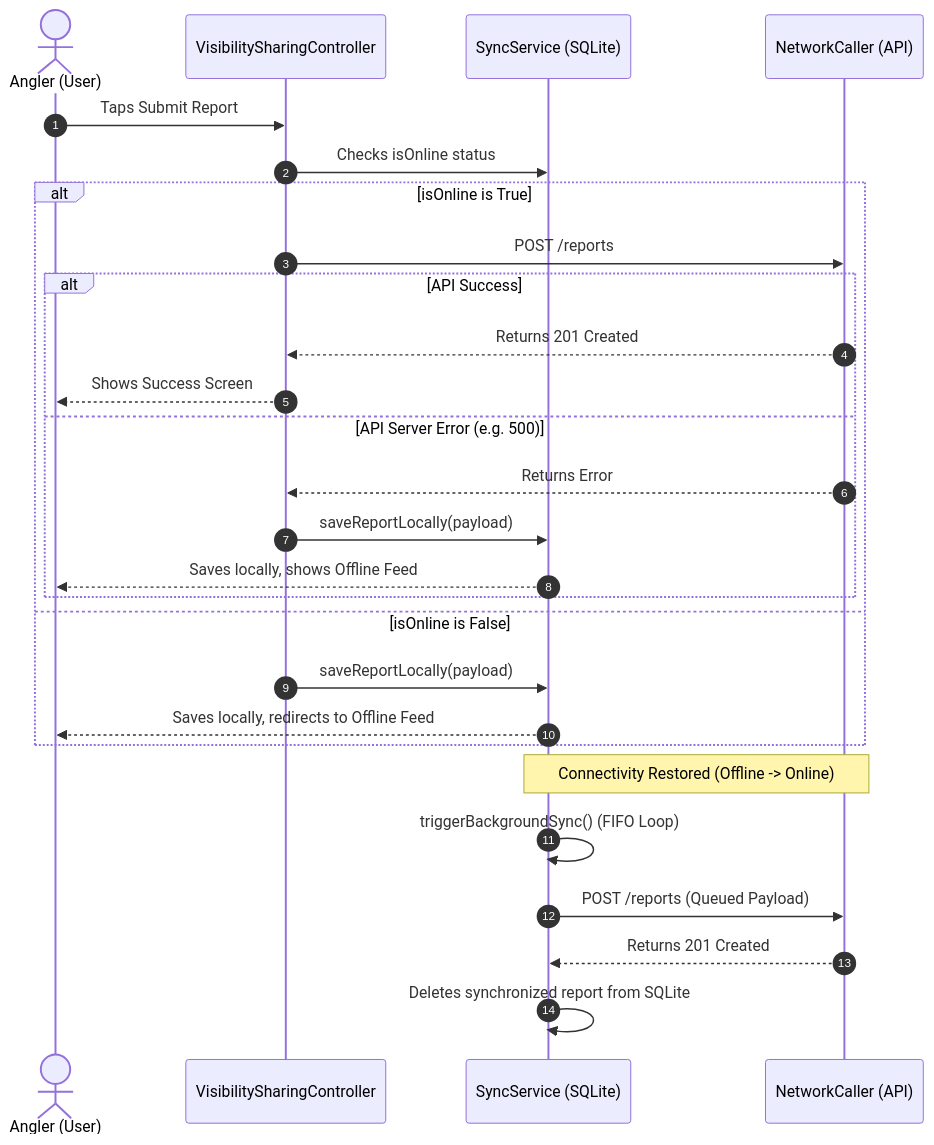
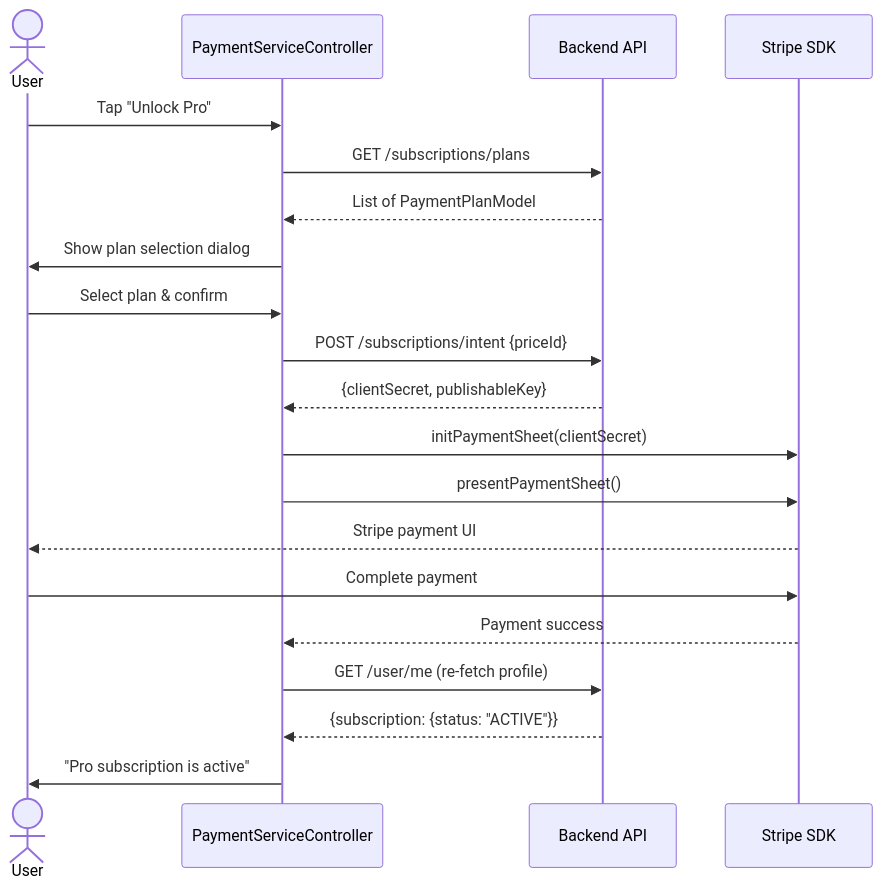
Before and after one commit to Kamrulbiswas009/offsore_fishing_app: the sixth of 6 diagrams in ai_tracking_update.md, drawn with Mermaid. The commit also changed other lines of this file and 19 other files, not shown here.

Commit message:
feat: implement SQLite-based offline API cache and Mapbox offline map download service

````diff
--- a/ai_tracking_update.md
+++ b/ai_tracking_update.md
@@ -87,31 +1120,23 @@
 ```mermaid
 sequenceDiagram
-    autonumber
-    actor Angler as Angler (User)
-    participant Ctrl as VisibilitySharingController
-    participant Sync as SyncService (SQLite)
-    participant Net as NetworkCaller (API)
+    actor User
+    participant App as PaymentServiceController
+    participant API as Backend API
+    participant Stripe as Stripe SDK
 
-    Angler->>Ctrl: Taps Submit Report
-    Ctrl->>Sync: Checks isOnline status
-    alt isOnline is True
-        Ctrl->>Net: POST /reports
-        alt API Success
-            Net-->>Ctrl: Returns 201 Created
-            Ctrl-->>Angler: Shows Success Screen
-        else API Server Error (e.g. 500)
-            Net-->>Ctrl: Returns Error
-            Ctrl->>Sync: saveReportLocally(payload)
-            Sync-->>Angler: Saves locally, shows Offline Feed
-        end
-    else isOnline is False
-        Ctrl->>Sync: saveReportLocally(payload)
-        Sync-->>Angler: Saves locally, redirects to Offline Feed
-    end
-
-    Note over Sync, Net: Connectivity Restored (Offline -> Online)
-    Sync->>Sync: triggerBackgroundSync() (FIFO Loop)
-    Sync->>Net: POST /reports (Queued Payload)
-    Net-->>Sync: Returns 201 Created
-    Sync->>Sync: Deletes synchronized report from SQLite
+    User->>App: Tap "Unlock Pro"
+    App->>API: GET /subscriptions/plans
+    API-->>App: List of PaymentPlanModel
+    App->>User: Show plan selection dialog
+    User->>App: Select plan & confirm
+    App->>API: POST /subscriptions/intent {priceId}
+    API-->>App: {clientSecret, publishableKey}
+    App->>Stripe: initPaymentSheet(clientSecret)
+    App->>Stripe: presentPaymentSheet()
+    Stripe-->>User: Stripe payment UI
+    User->>Stripe: Complete payment
+    Stripe-->>App: Payment success
+    App->>API: GET /user/me (re-fetch profile)
+    API-->>App: {subscription: {status: "ACTIVE"}}
+    App->>User: "Pro subscription is active"
 ```
````
